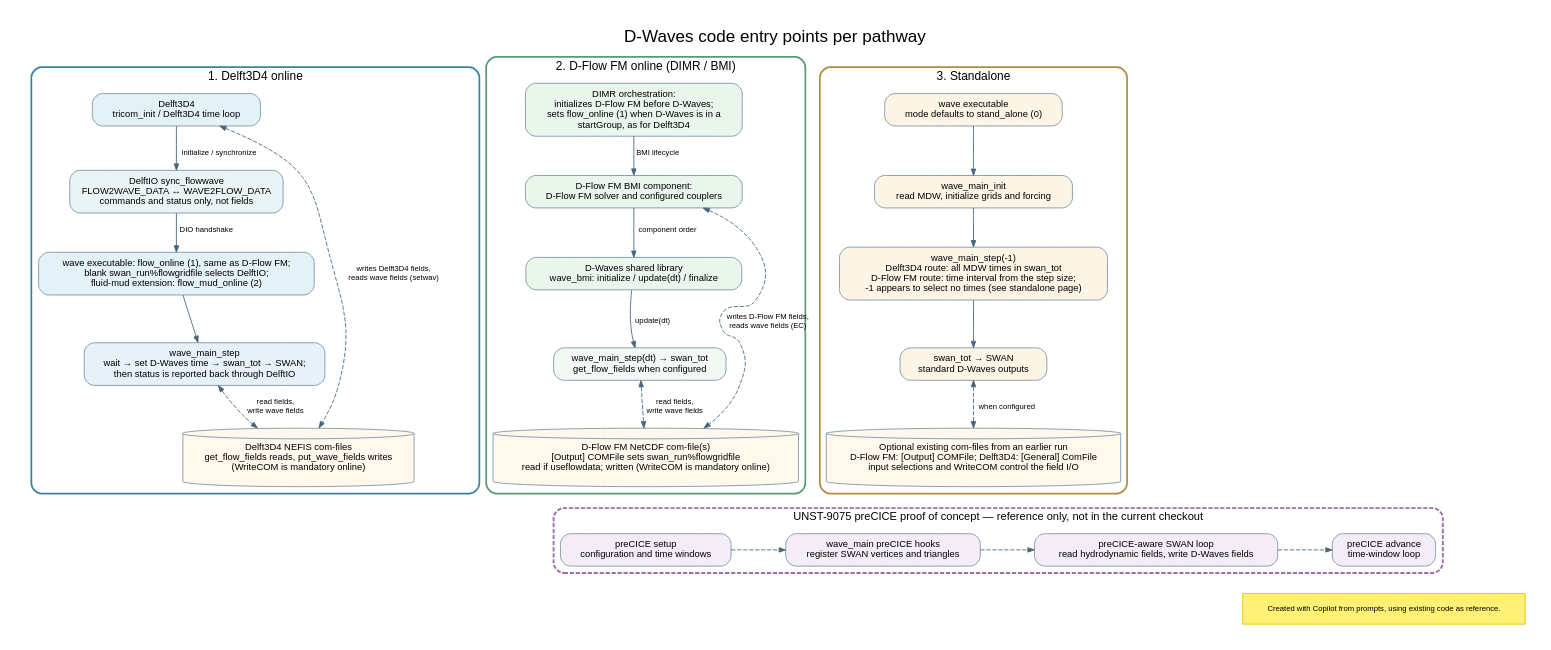
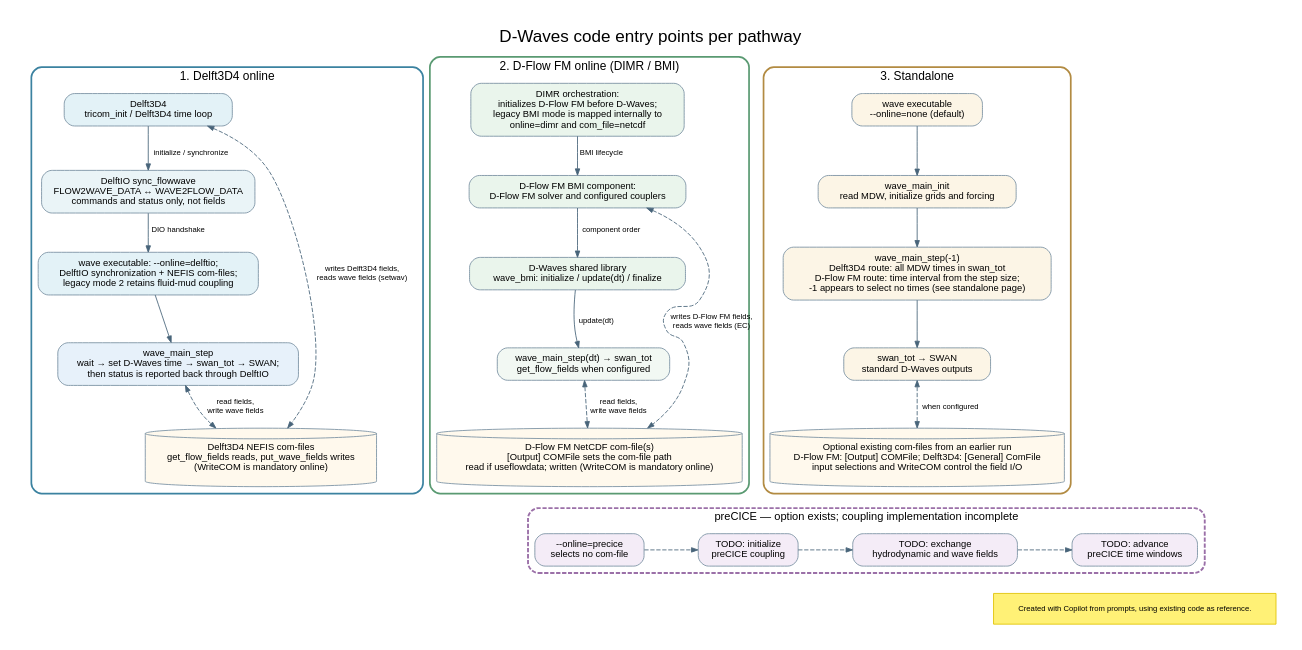
The diagram in src/engines_gpl/wave/docs/include/dwaves_code_pathways.dot (Deltares/Delft3D), drawn with Graphviz before and after one commit. The commit also changed 9 other files, not shown here.

Commit message:
UNST-10479: Updated by Copilot: documentation in "src\engines_gpl\wave\docs\"

```diff
--- a/src/engines_gpl/wave/docs/include/dwaves_code_pathways.dot
+++ b/src/engines_gpl/wave/docs/include/dwaves_code_pathways.dot
@@ -1,103 +1,103 @@
 digraph dwaves_code_pathways {
     graph [
         label="D-Waves code entry points per pathway",
         labelloc=t,
         fontsize=20,
         fontname="Helvetica",
         rankdir=TB,
         compound=true,
         newrank=true,
         nodesep=0.45,
         ranksep=0.4,
         pad=0.3,
         bgcolor="white"
     ];
     node [shape=box, style="rounded,filled", fontname="Helvetica", fontsize=11, margin="0.16,0.10", color="#7890A2"];
     edge [fontname="Helvetica", fontsize=9, color="#48647A", arrowsize=0.75];
 
     subgraph cluster_d4 {
         label="1. Delft3D4 online";
         fontsize=14;
         color="#3B82A0";
         penwidth=2;
         style="rounded";
         flow4    [label="Delft3D4\ntricom_init / Delft3D4 time loop", fillcolor="#E3F2F7"];
         dio      [label="DelftIO sync_flowwave\nFLOW2WAVE_DATA ↔ WAVE2FLOW_DATA\ncommands and status only, not fields", fillcolor="#EAF4F7"];
-        wave4    [label="wave executable: flow_online (1), same as D-Flow FM;\nblank swan_run%flowgridfile selects DelftIO;\nfluid-mud extension: flow_mud_online (2)", fillcolor="#E3F2F7"];
+        wave4    [label="wave executable: --online=delftio;\nDelftIO synchronization + NEFIS com-files;\nlegacy mode 2 retains fluid-mud coupling", fillcolor="#E3F2F7"];
         manager4 [label="wave_main_step\nwait → set D-Waves time → swan_tot → SWAN;\nthen status is reported back through DelftIO", fillcolor="#E7F1FA"];
         files_d4 [shape=cylinder, fillcolor="#FFF9ED",
                   label="Delft3D4 NEFIS com-files\nget_flow_fields reads, put_wave_fields writes\n(WriteCOM is mandatory online)"];
         flow4 -> dio [label="initialize / synchronize"];
         dio -> wave4 [label="DIO handshake"];
         wave4 -> manager4;
         manager4 -> files_d4 [dir=both, style=dashed, label="read fields,\nwrite wave fields"];
         flow4 -> files_d4 [dir=both, style=dashed, constraint=false, label="writes Delft3D4 fields,\nreads wave fields (setwav)"];
     }
 
     subgraph cluster_fm {
         label="2. D-Flow FM online (DIMR / BMI)";
         fontsize=14;
         color="#5A9A72";
         penwidth=2;
         style="rounded";
-        dimr     [label="DIMR orchestration:\ninitializes D-Flow FM before D-Waves;\nsets flow_online (1) when D-Waves is in a\nstartGroup, as for Delft3D4", fillcolor="#EAF5EC"];
+        dimr     [label="DIMR orchestration:\ninitializes D-Flow FM before D-Waves;\nlegacy BMI mode is mapped internally to\nonline=dimr and com_file=netcdf", fillcolor="#EAF5EC"];
         fmcomp   [label="D-Flow FM BMI component:\nD-Flow FM solver and configured couplers", fillcolor="#EAF5EC"];
         bmi      [label="D-Waves shared library\nwave_bmi: initialize / update(dt) / finalize", fillcolor="#EAF5EC"];
         swan_fm  [label="wave_main_step(dt) → swan_tot\nget_flow_fields when configured", fillcolor="#F2F8F3"];
         files_fm [shape=cylinder, fillcolor="#FFF9ED",
-                  label="D-Flow FM NetCDF com-file(s)\n[Output] COMFile sets swan_run%flowgridfile\nread if useflowdata; written (WriteCOM is mandatory online)"];
+                  label="D-Flow FM NetCDF com-file(s)\n[Output] COMFile sets the com-file path\nread if useflowdata; written (WriteCOM is mandatory online)"];
         dimr -> fmcomp [label="BMI lifecycle"];
         fmcomp -> bmi [label="component order"];
         bmi -> swan_fm [label="update(dt)"];
         files_fm -> swan_fm [label="read fields,\nwrite wave fields", dir=both, style=dashed];
         fmcomp -> files_fm [dir=both, style=dashed, constraint=false, label="writes D-Flow FM fields,\nreads wave fields (EC)"];
     }
 
     subgraph cluster_standalone {
         label="3. Standalone";
         fontsize=14;
         color="#B28B42";
         penwidth=2;
         style="rounded";
-        exe       [label="wave executable\nmode defaults to stand_alone (0)", fillcolor="#FCF5E6"];
+        exe       [label="wave executable\n--online=none (default)", fillcolor="#FCF5E6"];
         init      [label="wave_main_init\nread MDW, initialize grids and forcing", fillcolor="#FCF5E6"];
         step      [label="wave_main_step(-1)\nDelft3D4 route: all MDW times in swan_tot\nD-Flow FM route: time interval from the step size;\n-1 appears to select no times (see standalone page)", fillcolor="#FCF5E6"];
         swan_solo [label="swan_tot → SWAN\nstandard D-Waves outputs", fillcolor="#FCF5E6"];
         flowfile  [shape=cylinder, fillcolor="#FFF9ED",
                    label="Optional existing com-files from an earlier run\nD-Flow FM: [Output] COMFile; Delft3D4: [General] ComFile\ninput selections and WriteCOM control the field I/O"];
         exe -> init -> step -> swan_solo;
         flowfile -> swan_solo [label="when configured", dir=both, style=dashed, constraint=false];
     }
 
     subgraph cluster_poc {
-        label="UNST-9075 preCICE proof of concept — reference only, not in the current checkout";
+        label="preCICE — option exists; coupling implementation incomplete";
         fontsize=13;
         color="#9B70A8";
         penwidth=2.2;
         style="rounded,dashed";
-        precice [label="preCICE setup\nconfiguration and time windows", fillcolor="#F4ECF7"];
-        mesh    [label="wave_main preCICE hooks\nregister SWAN vertices and triangles", fillcolor="#F4ECF7"];
-        fields  [label="preCICE-aware SWAN loop\nread hydrodynamic fields, write D-Waves fields", fillcolor="#F4ECF7"];
-        advance [label="preCICE advance\ntime-window loop", fillcolor="#F4ECF7"];
+        precice [label="--online=precice\nselects no com-file", fillcolor="#F4ECF7"];
+        mesh    [label="TODO: initialize\npreCICE coupling", fillcolor="#F4ECF7"];
+        fields  [label="TODO: exchange\nhydrodynamic and wave fields", fillcolor="#F4ECF7"];
+        advance [label="TODO: advance\npreCICE time windows", fillcolor="#F4ECF7"];
         precice -> mesh -> fields -> advance [style=dashed];
         { rank=same; precice; mesh; fields; advance; }
     }
 
     // Align the three pathways into side-by-side columns, row by row
     { rank=same; flow4; dimr; exe; }
     { rank=same; dio; fmcomp; init; }
     { rank=same; wave4; bmi; step; }
     { rank=same; manager4; swan_fm; swan_solo; }
     { rank=same; files_d4; files_fm; flowfile; }
 
-    // Force the preCICE reference panel to render below the three columns
+    // Keep the unfinished preCICE panel below the three supported pathways
     files_d4 -> precice [style=invis];
     files_fm -> precice [style=invis];
     flowfile -> precice [style=invis];
 
     diagram_credit [shape=box, style=filled, fillcolor="#FFF176", color="#E0C200",
                     fontname="Helvetica", fontsize=9, margin="0.12,0.06",
                     label="Created with Copilot from prompts, using existing code as reference."];
     { rank=sink; diagram_credit; }
     advance -> diagram_credit [style=invis];
 }
```
